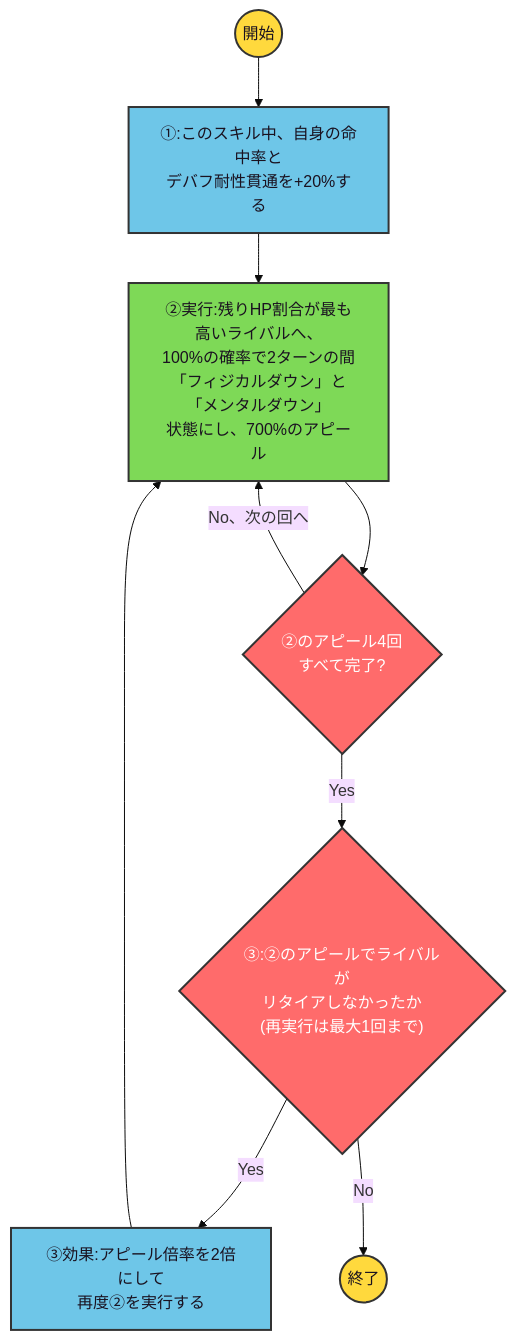
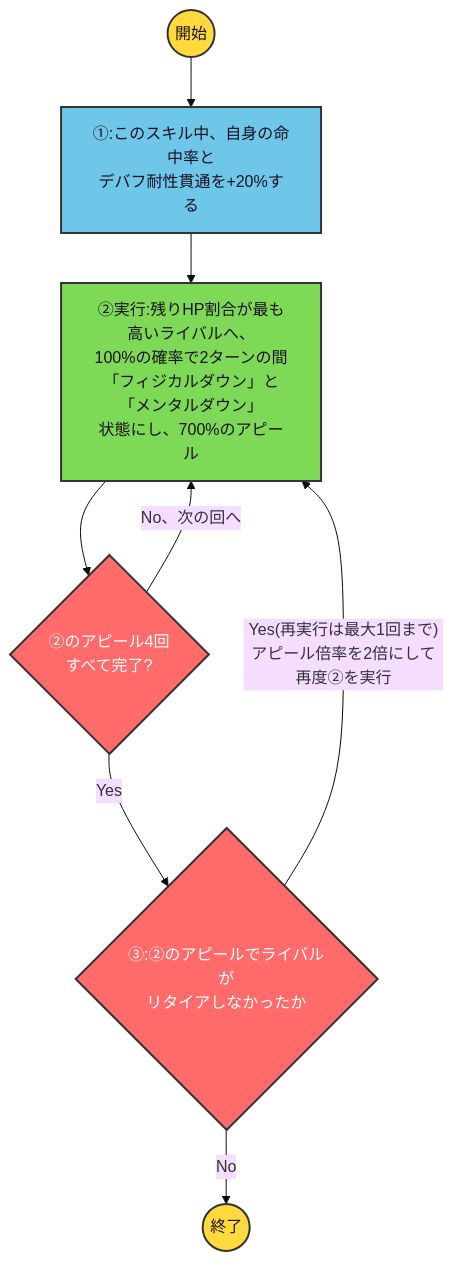
The diagram in data/matsuo_miyu/omoidegatomaranakunaru_skill2.mmd (ryomochi0918/nogifra-characters), drawn with Mermaid (base theme) before and after one commit. The commit also changed 20 other files, not shown here.

```diff
--- a/data/matsuo_miyu/omoidegatomaranakunaru_skill2.mmd
+++ b/data/matsuo_miyu/omoidegatomaranakunaru_skill2.mmd
@@ -1,11 +1,11 @@
 flowchart TD
     classDef startend fill:#FFD93D,stroke:#333,stroke-width:2px,color:#1a1220;
     classDef cond fill:#FF6B6B,stroke:#333,stroke-width:2px,color:#ffffff;
     classDef effect fill:#6EC6E8,stroke:#333,stroke-width:2px,color:#1a1220;
     classDef action fill:#7ED957,stroke:#333,stroke-width:2px,color:#1a1220;
 
     start(("開始")):::startend --> e1["①:このスキル中、自身の命中率と<br/>デバフ耐性貫通を+20%する"]:::effect --> a2["②実行:残りHP割合が最も高いライバルへ、<br/>100%の確率で2ターンの間<br/>「フィジカルダウン」と「メンタルダウン」<br/>状態にし、700%のアピール"]:::action --> loop{"②のアピール4回<br/>すべて完了?"}:::cond
     loop -->|"No、次の回へ"| a2
-    loop -->|"Yes"| c3{"③:②のアピールでライバルが<br/>リタイアしなかったか<br/>(再実行は最大1回まで)"}:::cond
-    c3 -->|"Yes"| e3["③効果:アピール倍率を2倍にして<br/>再度②を実行する"]:::effect --> a2
+    loop -->|"Yes"| c3{"③:②のアピールでライバルが<br/>リタイアしなかったか"}:::cond
+    c3 -->|"Yes(再実行は最大1回まで)<br/>アピール倍率を2倍にして再度②を実行"| a2
     c3 -->|"No"| finish(("終了")):::startend
```
